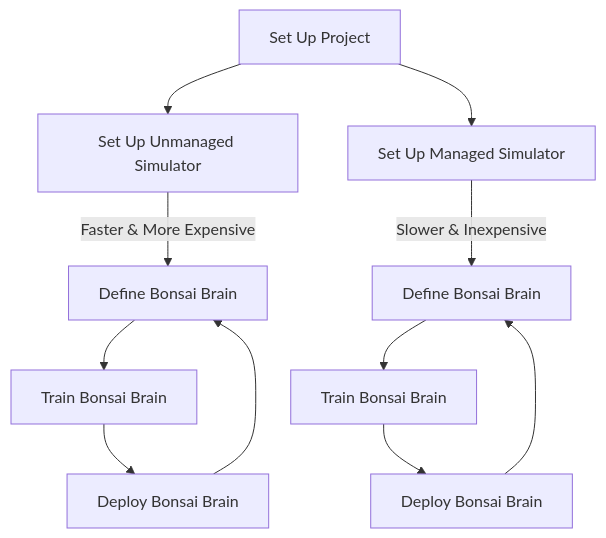
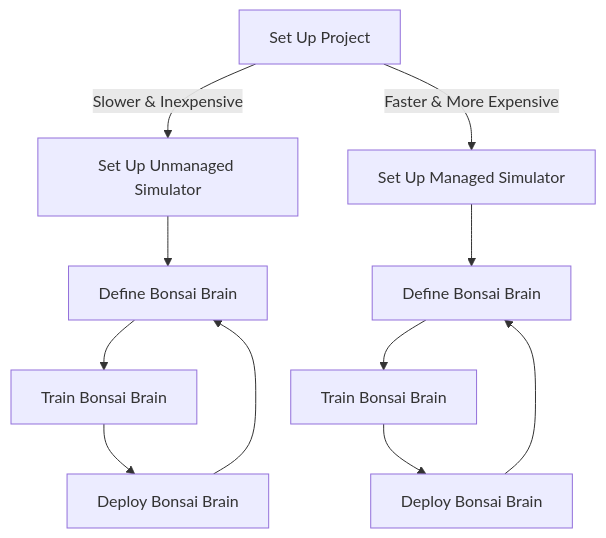
The diagram in samples/turtlebot3_bonsai/README.md (microsoft/ROS-bonsai-connector), drawn with Mermaid before and after one commit.

Commit message:
README wip

````diff
--- a/samples/turtlebot3_bonsai/README.md
+++ b/samples/turtlebot3_bonsai/README.md
@@ -6,16 +6,16 @@
 ```mermaid
 flowchart TD
-    A[Set Up Project]-->B[Set Up Unmanaged Simulator]
-    A-->C[Set Up Managed Simulator]
+    A[Set Up Project]--Slower & Inexpensive-->B[Set Up Unmanaged Simulator]
+    A--Faster & More Expensive-->C[Set Up Managed Simulator]
 
 
-    C--Slower & Inexpensive-->C1[Define Bonsai Brain]
+    C-->C1[Define Bonsai Brain]
     C1-->C2[Train Bonsai Brain]
     C2-->C3[Deploy Bonsai Brain]
     C3-->C1
 
-    B--Faster & More Expensive-->B1[Define Bonsai Brain]
+    B-->B1[Define Bonsai Brain]
     B1-->B2[Train Bonsai Brain]
     B2-->B3[Deploy Bonsai Brain]
     B3-->B1
 ```
````
